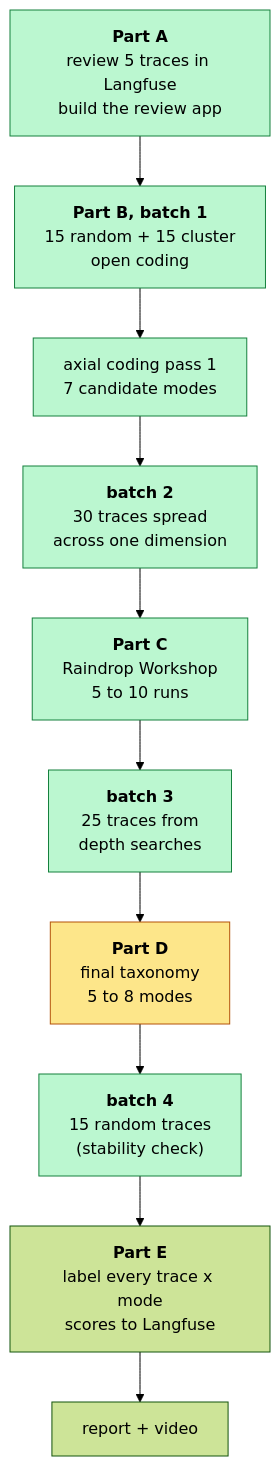
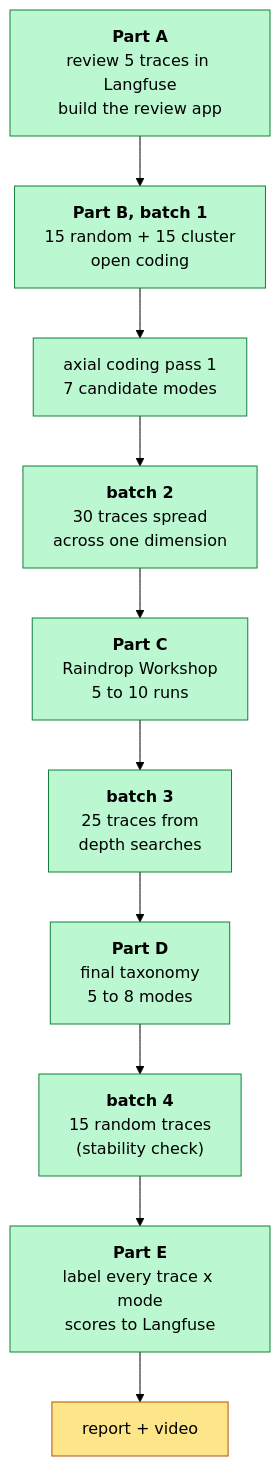
The first of 5 diagrams in homework/homework4_report.md (edangx100/cartwheel-homeworks), drawn with Mermaid (forest theme) before and after one commit. The commit also changed other lines of this file and 16 other files, not shown here.

````diff
--- a/homework/homework4_report.md
+++ b/homework/homework4_report.md
@@ -99,24 +101,26 @@
 ```mermaid
 flowchart TD
     PA["<b>Part A</b><br/>review 5 traces in Langfuse<br/>build the review app"]
     B1["<b>Part B, batch 1</b><br/>15 random + 15 cluster<br/>open coding"]
     AX1["axial coding pass 1<br/>7 candidate modes"]
     B2["<b>batch 2</b><br/>30 traces spread<br/>across one dimension"]
     PC["<b>Part C</b><br/>Raindrop Workshop<br/>5 to 10 runs"]
     B3["<b>batch 3</b><br/>25 traces from<br/>depth searches"]
     PD["<b>Part D</b><br/>final taxonomy<br/>5 to 8 modes"]
     B4["<b>batch 4</b><br/>15 random traces<br/>(stability check)"]
     PE["<b>Part E</b><br/>label every trace x mode<br/>scores to Langfuse"]
     V["report + video"]
 
     PA --> B1 --> AX1 --> B2 --> PC --> B3 --> PD --> B4 --> PE --> V
 
     style PA fill:#bbf7d0,stroke:#15803d
     style B1 fill:#bbf7d0,stroke:#15803d
     style AX1 fill:#bbf7d0,stroke:#15803d
     style B2 fill:#bbf7d0,stroke:#15803d
     style B3 fill:#bbf7d0,stroke:#15803d
     style PC fill:#bbf7d0,stroke:#15803d
-    style PD fill:#fde68a,stroke:#b45309
+    style PD fill:#bbf7d0,stroke:#15803d
     style B4 fill:#bbf7d0,stroke:#15803d
+    style PE fill:#bbf7d0,stroke:#15803d
+    style V fill:#fde68a,stroke:#b45309
 ```
````
